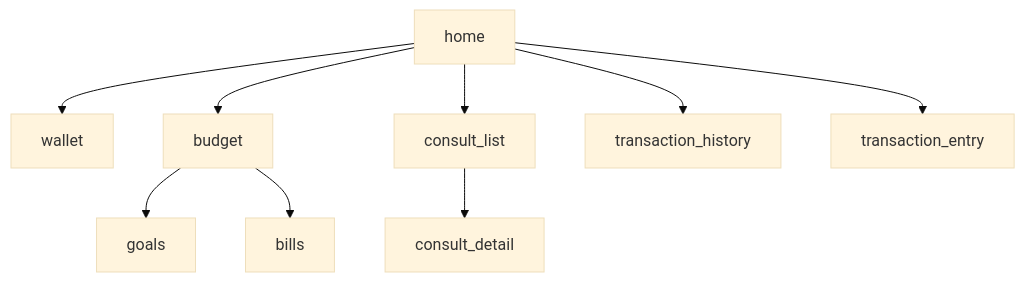
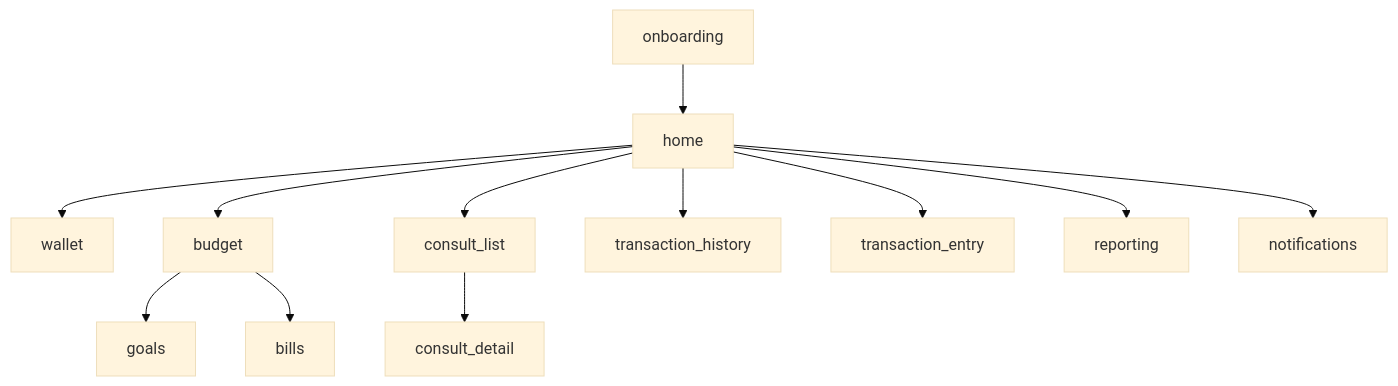
Before and after one commit to RioSudrajat/Halofin: the fourth of 15 diagrams in docs/tech/Architecture.md, drawn with Mermaid (base theme). The commit also changed other lines of this file and 19 other files, not shown here.

````diff
--- a/docs/tech/Architecture.md
+++ b/docs/tech/Architecture.md
@@ -114,11 +337,14 @@
 ```mermaid
 flowchart TD
-    Home["home"] --> Wallet["wallet"]
+    Onboarding["onboarding"] --> Home["home"]
+    Home --> Wallet["wallet"]
     Home --> Budget["budget"]
     Home --> ConsultList["consult_list"]
     Home --> TransactionHistory["transaction_history"]
     Home --> TransactionEntry["transaction_entry"]
+    Home --> Reporting["reporting"]
+    Home --> Notifications["notifications"]
     Budget --> Goals["goals"]
     Budget --> Bills["bills"]
     ConsultList --> ConsultDetail["consult_detail"]
 ```
````
